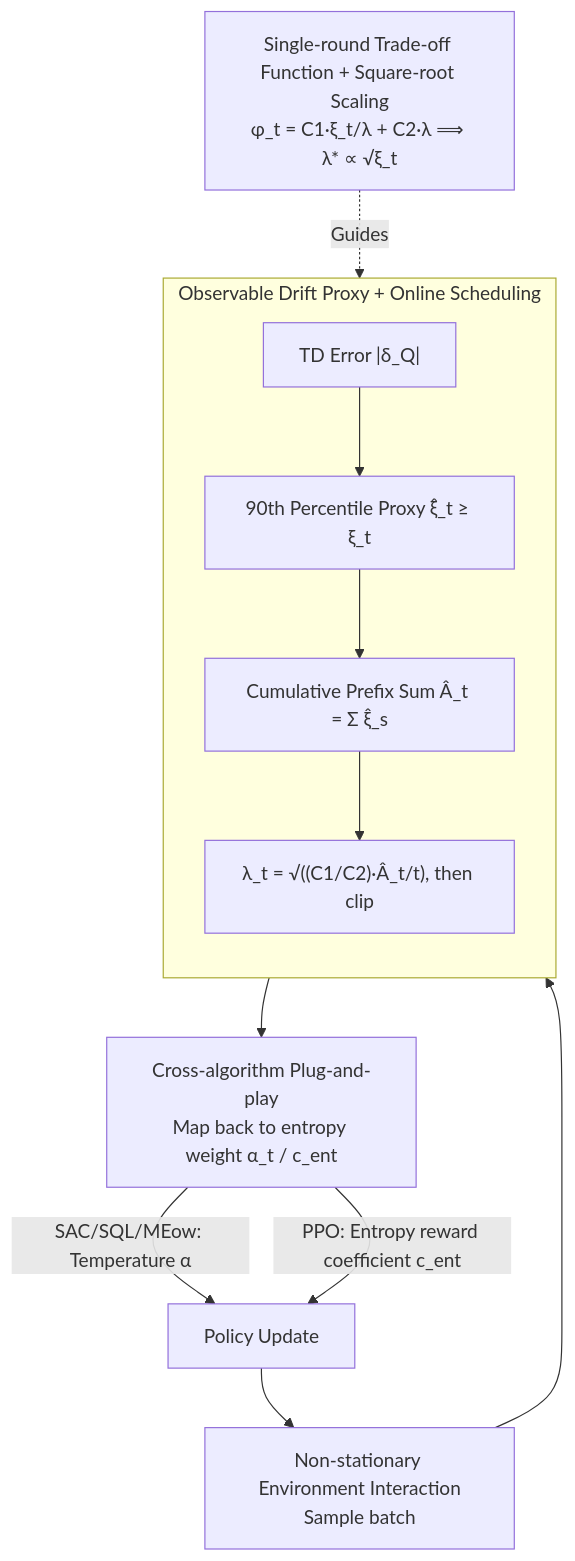
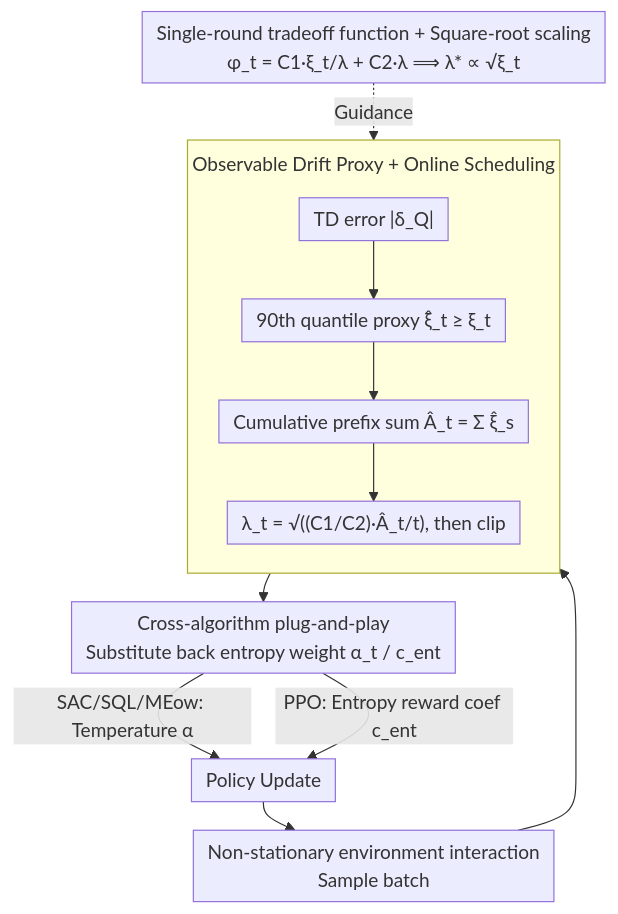
One commit to zhaoyang97/Paper-Notes-en changed the diagram in docs/ICML2026/reinforcement_learning/tracking_drift_variation-aware_entropy_scheduling_for_non-stationary_reinforceme.md. Above: the diagram before and after it, drawn with Mermaid. The commit also changed other lines of this file and 5084 other files, not shown here.

````diff
--- a/docs/ICML2026/reinforcement_learning/tracking_drift_variation-aware_entropy_scheduling_for_non-stationary_reinforceme.md
+++ b/docs/ICML2026/reinforcement_learning/tracking_drift_variation-aware_entropy_scheduling_for_non-stationary_reinforceme.md
@@ -46,16 +46,17 @@
 ```mermaid
-graph TD
-    P["Single-round Trade-off Function + Square-root Scaling<br/>φ_t = C1·ξ_t/λ + C2·λ ⟹ λ* ∝ √ξ_t"]
-    A["Non-stationary Environment Interaction<br/>Sample batch"] --> B["TD Error |δ_Q|"]
+%%{init: {'flowchart': {'rankSpacing': 24, 'nodeSpacing': 28, 'padding': 6, 'wrappingWidth': 400, 'subGraphTitleMargin': {'top': 8, 'bottom': 16}}}}%%
+flowchart TD
+    P["Single-round tradeoff function + Square-root scaling<br/>φ_t = C1·ξ_t/λ + C2·λ ⟹ λ* ∝ √ξ_t"]
+    A["Non-stationary environment interaction<br/>Sample batch"] --> B["TD error |δ_Q|"]
     subgraph PROXY["Observable Drift Proxy + Online Scheduling"]
         direction TB
-        B --> C["90th Percentile Proxy ξ̂_t ≥ ξ_t"]
-        C --> D["Cumulative Prefix Sum Â_t = Σ ξ̂_s"]
+        B --> C["90th quantile proxy ξ̂_t ≥ ξ_t"]
+        C --> D["Cumulative prefix sum Â_t = Σ ξ̂_s"]
         D --> E["λ_t = √((C1/C2)·Â_t/t), then clip"]
     end
-    P -.Guides.-> E
-    E --> F["Cross-algorithm Plug-and-play<br/>Map back to entropy weight α_t / c_ent"]
+    P -.Guidance.-> E
+    E --> F["Cross-algorithm plug-and-play<br/>Substitute back entropy weight α_t / c_ent"]
     F -->|SAC/SQL/MEow: Temperature α| G["Policy Update"]
-    F -->|PPO: Entropy reward coefficient c_ent| G
+    F -->|PPO: Entropy reward coef c_ent| G
     G --> A
 ```
````
